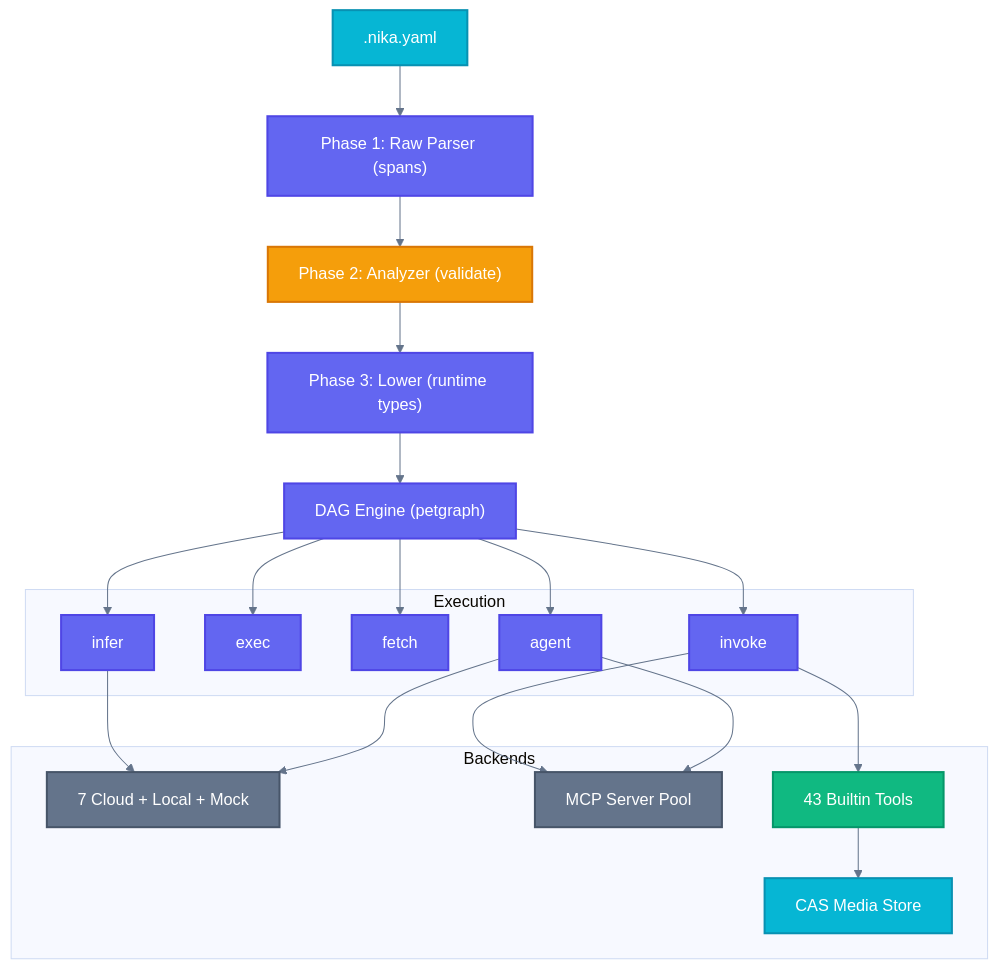
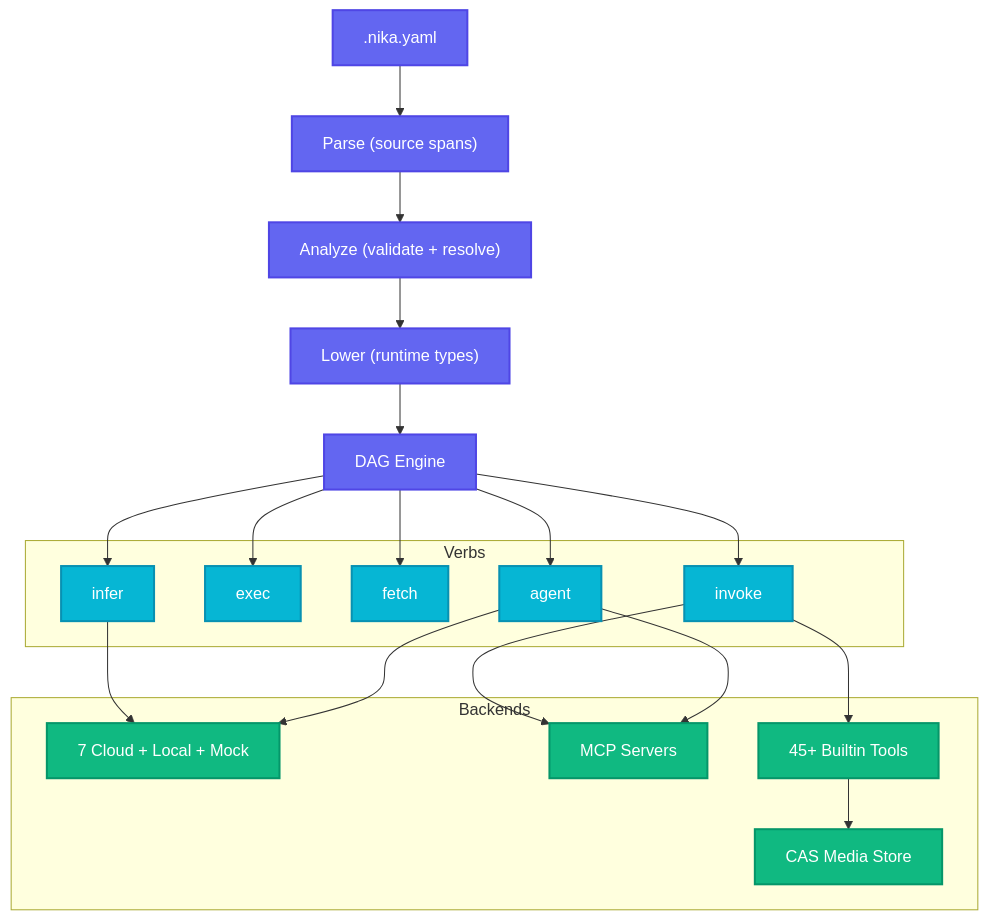
One commit to supernovae-st/nika changed the second of 2 diagrams in README.md. Above: the diagram before and after it, drawn with Mermaid. The commit also changed other lines of this file and 10 other files, not shown here.

````diff
--- a/README.md
+++ b/README.md
@@ -787,42 +466,36 @@
 ```mermaid
-%%{init: {'theme': 'base', 'themeVariables': {'lineColor': '#64748b'}}}%%
 flowchart TD
-    classDef process fill:#6366f1,stroke:#4f46e5,stroke-width:2px,color:#ffffff
-    classDef data fill:#06b6d4,stroke:#0891b2,stroke-width:2px,color:#ffffff
-    classDef decision fill:#f59e0b,stroke:#d97706,stroke-width:2px,color:#ffffff
-    classDef success fill:#10b981,stroke:#059669,stroke-width:2px,color:#ffffff
-    classDef external fill:#64748b,stroke:#475569,stroke-width:2px,color:#ffffff
+    classDef phase fill:#6366f1,stroke:#4f46e5,stroke-width:2px,color:#fff
+    classDef verb fill:#06b6d4,stroke:#0891b2,stroke-width:2px,color:#fff
+    classDef backend fill:#10b981,stroke:#059669,stroke-width:2px,color:#fff
 
-    YAML[".nika.yaml"]:::data
-    RAW["Phase 1: Raw Parser (spans)"]:::process
-    ANA["Phase 2: Analyzer (validate)"]:::decision
-    LOW["Phase 3: Lower (runtime types)"]:::process
-    DAG["DAG Engine (petgraph)"]:::process
+    YAML[".nika.yaml"]:::phase
+    RAW["Parse (source spans)"]:::phase
+    ANA["Analyze (validate + resolve)"]:::phase
+    LOW["Lower (runtime types)"]:::phase
+    DAG["DAG Engine"]:::phase
 
     YAML --> RAW --> ANA --> LOW --> DAG
 
-    subgraph Execution
-        INF[infer]:::process
-        EXC[exec]:::process
-        FET[fetch]:::process
-        INV[invoke]:::process
-        AGT[agent]:::process
+    subgraph Verbs
+        INF[infer]:::verb
+        EXC[exec]:::verb
+        FET[fetch]:::verb
+        INV[invoke]:::verb
+        AGT[agent]:::verb
     end
 
     DAG --> INF & EXC & FET & INV & AGT
 
     subgraph Backends
-        PROV["7 Cloud + Local + Mock"]:::external
-        MCPS["MCP Server Pool"]:::external
-        BUILT["43 Builtin Tools"]:::success
-        CAS["CAS Media Store"]:::data
+        PROV["7 Cloud + Local + Mock"]:::backend
+        MCPS["MCP Servers"]:::backend
+        BUILT["45+ Builtin Tools"]:::backend
+        CAS["CAS Media Store"]:::backend
     end
 
     INF & AGT --> PROV
     INV & AGT --> MCPS
     INV --> BUILT
     BUILT --> CAS
-
-    accTitle: Nika Architecture
-    accDescr: Three-phase AST pipeline feeding a DAG engine that dispatches to 5 verb executors backed by providers, MCP servers, builtin tools, and CAS
 ```
````
